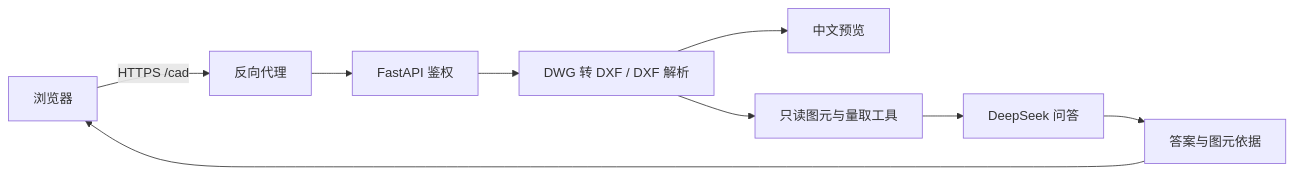
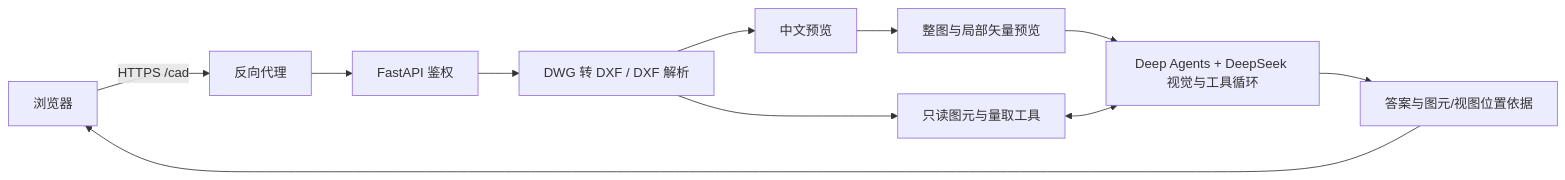
The diagram in README.md (richwin0903/architectural-cad-qa), drawn with Mermaid before and after one commit. The commit also changed other lines of this file and 18 other files, not shown here.

Commit message:
Replace CAD QA loop with Deep Agents and whole-sheet visual evidence

````diff
--- a/README.md
+++ b/README.md
@@ -144,11 +144,13 @@
 ```mermaid
 flowchart LR
   U[浏览器] -->|HTTPS /cad| P[反向代理]
   P --> A[FastAPI 鉴权]
   A --> C[DWG 转 DXF / DXF 解析]
   C --> V[中文预览]
   C --> T[只读图元与量取工具]
-  T --> L[DeepSeek 问答]
-  L --> E[答案与图元依据]
+  V --> G[整图与局部矢量预览]
+  G --> L[Deep Agents + DeepSeek 视觉与工具循环]
+  T <--> L
+  L --> E[答案与图元/视图位置依据]
   E --> U
 ```
````
